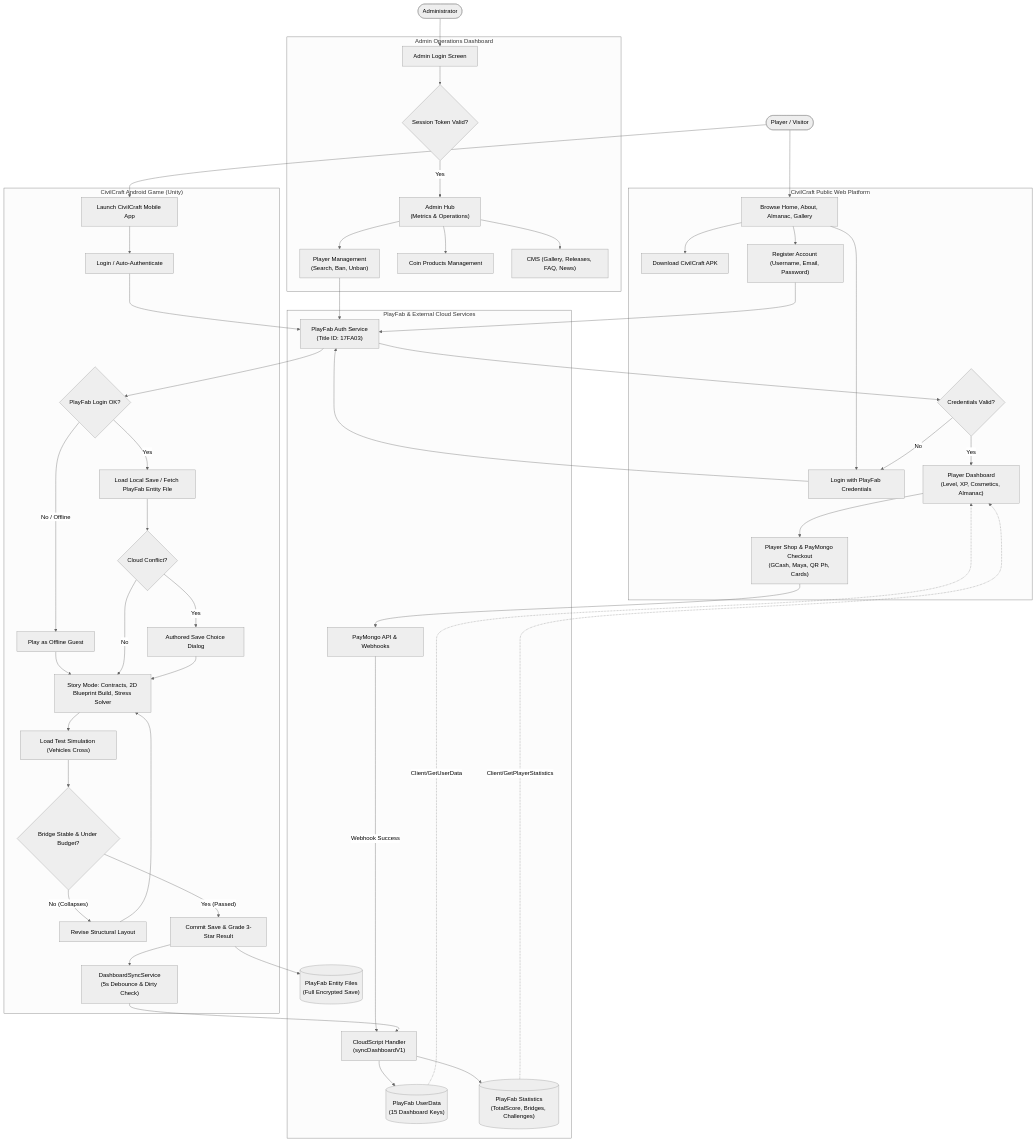
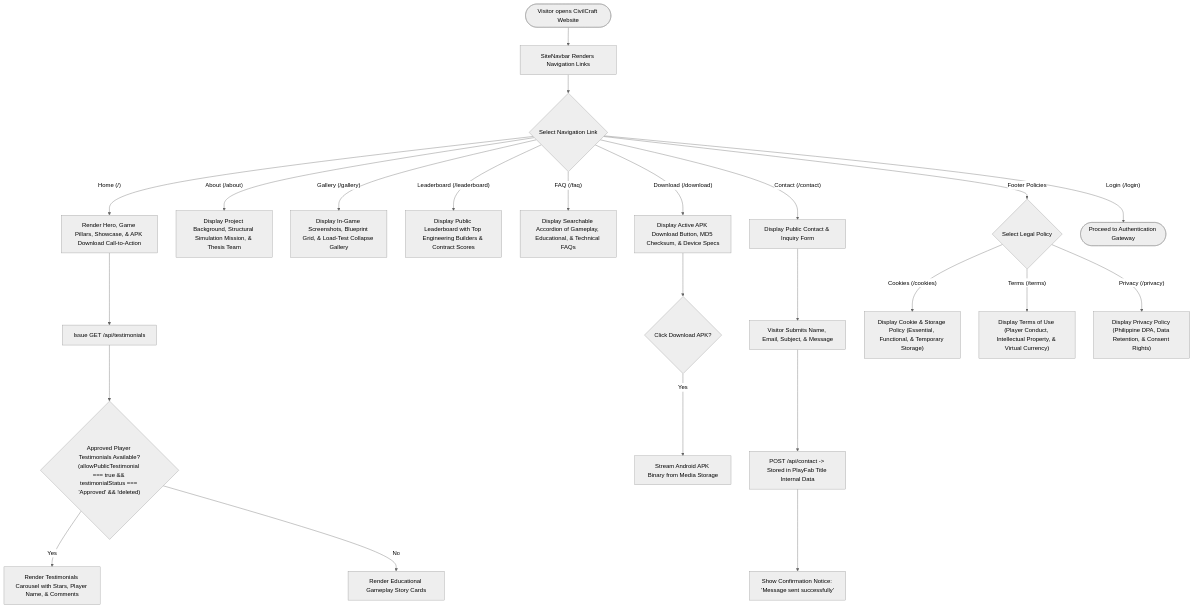
Before and after one commit to Astra1127/CivilCraft: the second of 9 diagrams in docs/thesis/SYSTEM_FLOWCHART.md, drawn with Mermaid (neutral theme). The commit also changed other lines of this file, not shown here.

Commit message:
docs: update CivilCraft website system flowchart

````diff
--- a/docs/thesis/SYSTEM_FLOWCHART.md
+++ b/docs/thesis/SYSTEM_FLOWCHART.md
@@ -10,104 +337,36 @@
 ```mermaid
 flowchart TD
-    %% Actors
-    ActorPlayer(["Player / Visitor"])
-    ActorAdmin(["Administrator"])
+    StartVisitor(["Visitor opens CivilCraft Website"]) --> LoadNavbar["SiteNavbar Renders Navigation Links"]
 
-    %% Public Web & Account Creation
-    subgraph WebPortal ["CivilCraft Public Web Platform"]
-        PublicHome["Browse Home, About, Almanac, Gallery"]
-        DownloadAPK["Download CivilCraft APK"]
-        RegisterWeb["Register Account (Username, Email, Password)"]
-        LoginWeb["Login with PlayFab Credentials"]
-        AuthDecision{"Credentials Valid?"}
-        PlayerDashboard["Player Dashboard<br/>(Level, XP, Cosmetics, Almanac)"]
-        ShopCheckout["Player Shop & PayMongo Checkout<br/>(GCash, Maya, QR Ph, Cards)"]
-    end
+    LoadNavbar --> SelectRoute{"Select Navigation Link"}
 
-    %% Mobile Android Game
-    subgraph MobileGame ["CivilCraft Android Game (Unity)"]
-        LaunchGame["Launch CivilCraft Mobile App"]
-        GameLogin["Login / Auto-Authenticate"]
-        GameAuthDecision{"PlayFab Login OK?"}
-        GuestMode["Play as Offline Guest"]
-        LoadSave["Load Local Save / Fetch PlayFab Entity File"]
-        ConflictDecision{"Cloud Conflict?"}
-        ResolveConflict["Authored Save Choice Dialog"]
-        GameplayLoop["Story Mode: Contracts, 2D Blueprint Build, Stress Solver"]
-        SimulationTest["Load Test Simulation (Vehicles Cross)"]
-        TestResultDecision{"Bridge Stable & Under Budget?"}
-        ReviseDesign["Revise Structural Layout"]
-        SaveLocal["Commit Save & Grade 3-Star Result"]
-        DebounceSync["DashboardSyncService<br/>(5s Debounce & Dirty Check)"]
-    end
+    SelectRoute -- "Home (/)" --> ViewHome["Render Hero, Game Pillars, Showcase, & APK Download Call-to-Action"]
+    ViewHome --> FetchTestimonials["Issue GET /api/testimonials"]
+    FetchTestimonials --> TestimonialsCheck{"Approved Player Testimonials Available?<br/>(allowPublicTestimonial === true && testimonialStatus === 'Approved' && !deleted)"}
+    TestimonialsCheck -- "Yes" --> RenderCarousel["Render Testimonials Carousel with Stars, Player Name, & Comments"]
+    TestimonialsCheck -- "No" --> RenderDefaultStory["Render Educational Gameplay Story Cards"]
 
-    %% Cloud Infrastructure
-    subgraph CloudBackend ["PlayFab & External Cloud Services"]
-        PFAuth["PlayFab Auth Service<br/>(Title ID: 17FA03)"]
-        CloudScript["CloudScript Handler<br/>(syncDashboardV1)"]
-        UserDataStore[("PlayFab UserData<br/>(15 Dashboard Keys)")]
-        UserStatsStore[("PlayFab Statistics<br/>(TotalScore, Bridges, Challenges)")]
-        EntitySaveStore[("PlayFab Entity Files<br/>(Full Encrypted Save)")]
-        PayMongoGW["PayMongo API & Webhooks"]
-    end
+    SelectRoute -- "About (/about)" --> ViewAbout["Display Project Background, Structural Simulation Mission, & Thesis Team"]
 
-    %% Admin Portal
-    subgraph AdminPortal ["Admin Operations Dashboard"]
-        AdminLogin["Admin Login Screen"]
-        AdminAuthCheck{"Session Token Valid?"}
-        AdminHub["Admin Hub<br/>(Metrics & Operations)"]
-        ModPlayers["Player Management<br/>(Search, Ban, Unban)"]
-        ModProducts["Coin Products Management"]
-        ModCMS["CMS (Gallery, Releases, FAQ, News)"]
-    end
+    SelectRoute -- "Gallery (/gallery)" --> ViewGallery["Display In-Game Screenshots, Blueprint Grid, & Load-Test Collapse Gallery"]
 
-    %% Player / Web Flows
-    ActorPlayer --> PublicHome
-    PublicHome --> DownloadAPK
-    PublicHome --> RegisterWeb
-    RegisterWeb --> PFAuth
-    PublicHome --> LoginWeb
-    LoginWeb --> PFAuth
-    PFAuth --> AuthDecision
-    AuthDecision -- "No" --> LoginWeb
-    AuthDecision -- "Yes" --> PlayerDashboard
-    PlayerDashboard --> ShopCheckout
-    ShopCheckout --> PayMongoGW
-    PayMongoGW -- "Webhook Success" --> CloudScript
+    SelectRoute -- "Leaderboard (/leaderboard)" --> ViewLeaderboard["Display Public Leaderboard with Top Engineering Builders & Contract Scores"]
 
-    %% Game Flows
-    ActorPlayer --> LaunchGame
-    LaunchGame --> GameLogin
-    GameLogin --> PFAuth
-    PFAuth --> GameAuthDecision
-    GameAuthDecision -- "No / Offline" --> GuestMode
-    GameAuthDecision -- "Yes" --> LoadSave
-    GuestMode --> GameplayLoop
-    LoadSave --> ConflictDecision
-    ConflictDecision -- "Yes" --> ResolveConflict
-    ConflictDecision -- "No" --> GameplayLoop
-    ResolveConflict --> GameplayLoop
-    GameplayLoop --> SimulationTest
-    SimulationTest --> TestResultDecision
-    TestResultDecision -- "No (Collapses)" --> ReviseDesign
-    ReviseDesign --> GameplayLoop
-    TestResultDecision -- "Yes (Passed)" --> SaveLocal
-    SaveLocal --> EntitySaveStore
-    SaveLocal --> DebounceSync
-    DebounceSync --> CloudScript
+    SelectRoute -- "FAQ (/faq)" --> ViewFAQ["Display Searchable Accordion of Gameplay, Educational, & Technical FAQs"]
 
-    %% Synchronization to Web
-    CloudScript --> UserDataStore
-    CloudScript --> UserStatsStore
-    UserDataStore -.->|Client/GetUserData| PlayerDashboard
-    UserStatsStore -.->|Client/GetPlayerStatistics| PlayerDashboard
+    SelectRoute -- "Download (/download)" --> ViewDownload["Display Active APK Download Button, MD5 Checksum, & Device Specs"]
+    ViewDownload --> ClickDownload{"Click Download APK?"}
+    ClickDownload -- "Yes" --> DownloadFile["Stream Android APK Binary from Media Storage"]
 
-    %% Admin Flow
-    ActorAdmin --> AdminLogin
-    AdminLogin --> AdminAuthCheck
-    AdminAuthCheck -- "Yes" --> AdminHub
-    AdminHub --> ModPlayers
-    AdminHub --> ModProducts
-    AdminHub --> ModCMS
-    ModPlayers --> PFAuth
+    SelectRoute -- "Contact (/contact)" --> ViewContact["Display Public Contact & Inquiry Form"]
+    ViewContact --> SubmitContact["Visitor Submits Name, Email, Subject, & Message"]
+    SubmitContact --> SaveContact["POST /api/contact -> Stored in PlayFab Title Internal Data"]
+    SaveContact --> ContactAck["Show Confirmation Notice: 'Message sent successfully'"]
+
+    SelectRoute -- "Footer Policies" --> SelectPolicy{"Select Legal Policy"}
+    SelectPolicy -- "Cookies (/cookies)" --> ViewCookies["Display Cookie & Storage Policy (Essential, Functional, & Temporary Storage)"]
+    SelectPolicy -- "Terms (/terms)" --> ViewTerms["Display Terms of Use (Player Conduct, Intellectual Property, & Virtual Currency)"]
+    SelectPolicy -- "Privacy (/privacy)" --> ViewPrivacy["Display Privacy Policy (Philippine DPA, Data Retention, & Consent Rights)"]
+
+    SelectRoute -- "Login (/login)" --> NavAuth(["Proceed to Authentication Gateway"])
 ```
````
